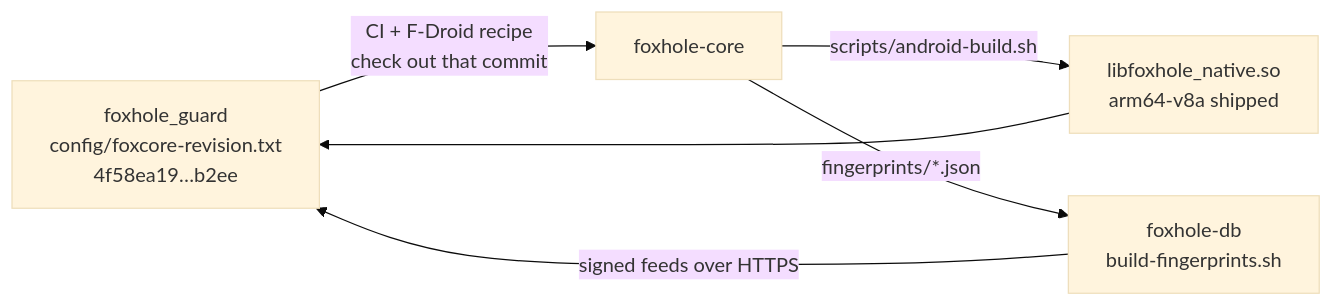
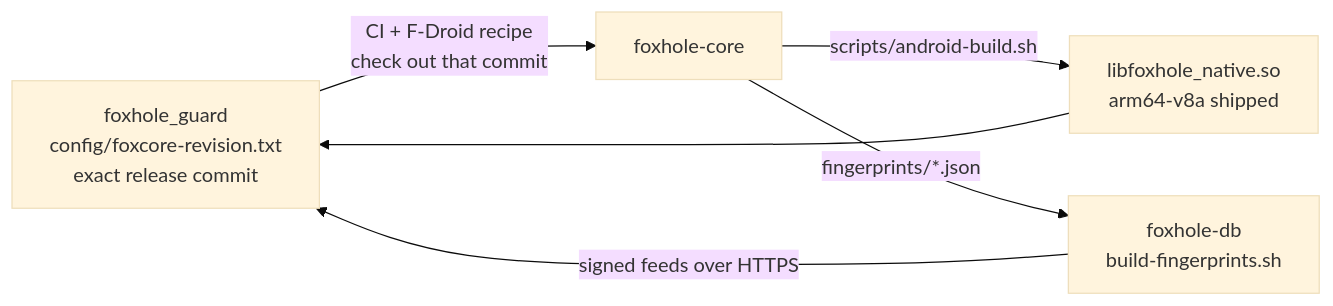
Before and after one commit to foxhole-team/foxhole-core: the second of 2 diagrams in docs/architecture/README.md, drawn with Mermaid (base theme). The commit also changed other lines of this file and 6 other files, not shown here.

Commit message:
FoxCore 0.0.2: document the public beta architecture

````diff
--- a/docs/architecture/README.md
+++ b/docs/architecture/README.md
@@ -56,8 +56,8 @@
 ```mermaid
 flowchart LR
-    A["foxhole_guard<br/>config/foxcore-revision.txt<br/>4f58ea19…b2ee"] -->|"CI + F-Droid recipe<br/>check out that commit"| B["foxhole-core"]
+    A["foxhole_guard<br/>config/foxcore-revision.txt<br/>exact release commit"] -->|"CI + F-Droid recipe<br/>check out that commit"| B["foxhole-core"]
     B -->|"scripts/android-build.sh"| C["libfoxhole_native.so<br/>arm64-v8a shipped"]
     C --> A
     B -->|"fingerprints/*.json"| D["foxhole-db<br/>build-fingerprints.sh"]
     D -->|"signed feeds over HTTPS"| A
 ```
````
